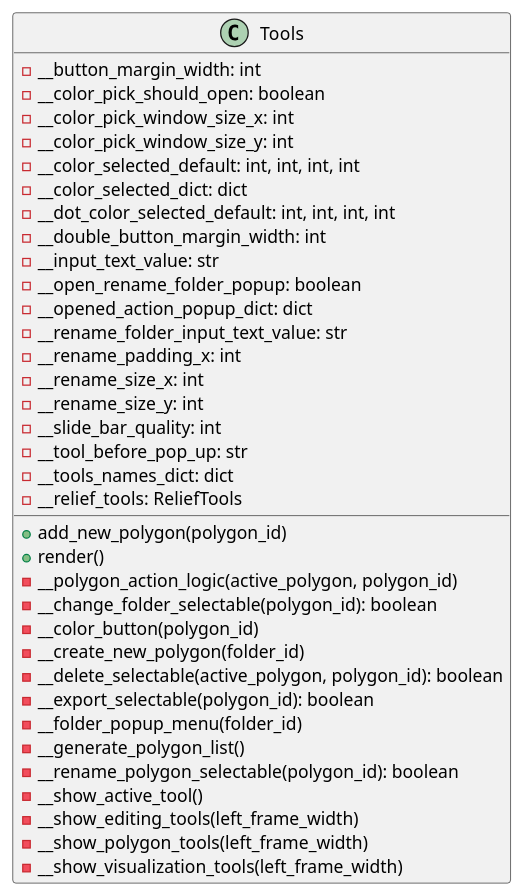
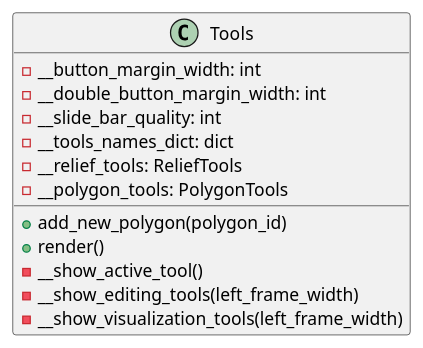
The diagram in docs/classes/Tools.puml (ferpoble2/Relief_Creator), drawn with PlantUML before and after one commit. The commit also changed 4 other files, not shown here.

Commit message:
Changed functionality of the frames in the class Tools to the class PolygonTools to sort the logic in the code.

```diff
--- a/docs/classes/Tools.puml
+++ b/docs/classes/Tools.puml
@@ -1,40 +1,17 @@
 @startuml
 class Tools {
     - __button_margin_width: int
-    - __color_pick_should_open: boolean
-    - __color_pick_window_size_x: int
-    - __color_pick_window_size_y: int
-    - __color_selected_default: int, int, int, int
-    - __color_selected_dict: dict
-    - __dot_color_selected_default: int, int, int, int
     - __double_button_margin_width: int
-    - __input_text_value: str
-    - __open_rename_folder_popup: boolean
-    - __opened_action_popup_dict: dict
-    - __rename_folder_input_text_value: str
-    - __rename_padding_x: int
-    - __rename_size_x: int
-    - __rename_size_y: int
     - __slide_bar_quality: int
-    - __tool_before_pop_up: str
     - __tools_names_dict: dict
     - __relief_tools: ReliefTools
+    - __polygon_tools: PolygonTools
 
     + add_new_polygon(polygon_id)
     + render()
-    - __polygon_action_logic(active_polygon, polygon_id)
-    - __change_folder_selectable(polygon_id): boolean
-    - __color_button(polygon_id)
-    - __create_new_polygon(folder_id)
-    - __delete_selectable(active_polygon, polygon_id): boolean
-    - __export_selectable(polygon_id): boolean
-    - __folder_popup_menu(folder_id)
-    - __generate_polygon_list()
-    - __rename_polygon_selectable(polygon_id): boolean
     - __show_active_tool()
     - __show_editing_tools(left_frame_width)
-    - __show_polygon_tools(left_frame_width)
     - __show_visualization_tools(left_frame_width)
 }
 
 @enduml
```
